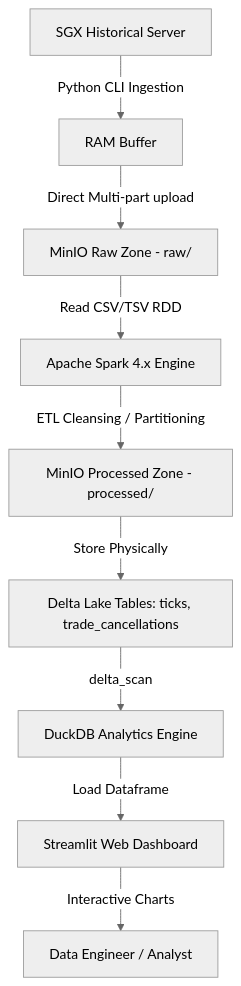
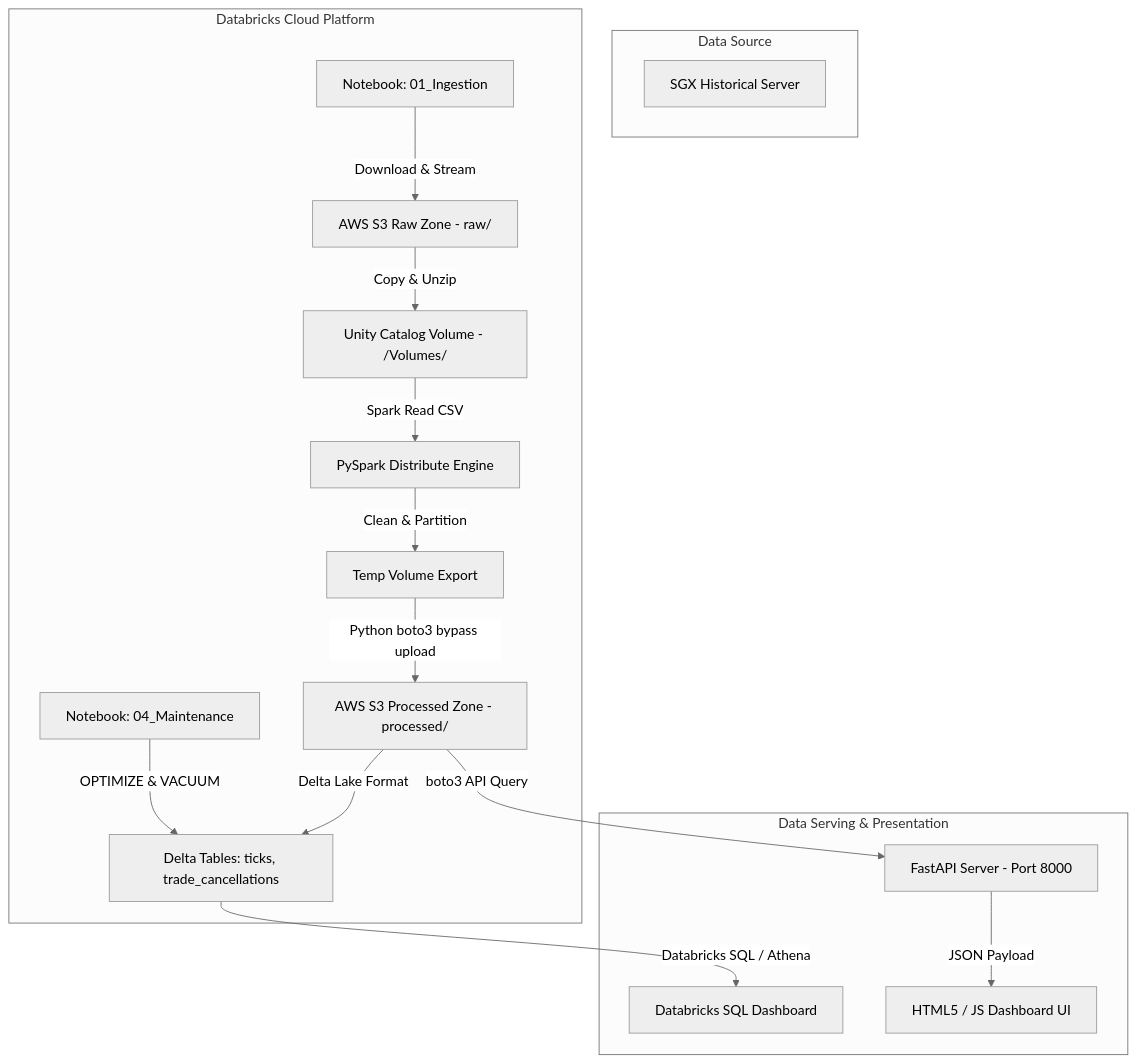
The first of 2 diagrams in README.md (nguyenmanhtuan2004/SGX_Derivatives_Daily_Downloader), drawn with Mermaid (neutral theme) before and after one commit. The commit also changed other lines of this file and 1 other file, not shown here.

````diff
--- a/README.md
+++ b/README.md
@@ -11,13 +24,28 @@
 ```mermaid
 graph TD
-    SGX[SGX Historical Server] -->|Python CLI Ingestion| RAM[RAM Buffer]
-    RAM -->|Direct Multi-part upload| MinIORaw[MinIO Raw Zone - raw/]
-    
-    MinIORaw -->|Read CSV/TSV RDD| Spark[Apache Spark 4.x Engine]
-    Spark -->|ETL Cleansing / Partitioning| MinIOProc[MinIO Processed Zone - processed/]
-    MinIOProc -->|Store Physically| Delta[Delta Lake Tables: ticks, trade_cancellations]
-    
-    Delta -->|delta_scan| DuckDB[DuckDB Analytics Engine]
-    DuckDB -->|Load Dataframe| Streamlit[Streamlit Web Dashboard]
-    Streamlit -->|Interactive Charts| User[Data Engineer / Analyst]
+    subgraph "Data Source"
+        SGX[SGX Historical Server]
+    end
+
+    subgraph "Databricks Cloud Platform"
+        01_Ing[Notebook: 01_Ingestion] -->|Download & Stream| S3Raw[AWS S3 Raw Zone - raw/]
+        
+        S3Raw -->|Copy & Unzip| UC_Vol[Unity Catalog Volume - /Volumes/]
+        
+        UC_Vol -->|Spark Read CSV| Spark[PySpark Distribute Engine]
+        
+        Spark -->|Clean & Partition| UC_Vol_Temp[Temp Volume Export]
+        
+        UC_Vol_Temp -->|Python boto3 bypass upload| S3Proc[AWS S3 Processed Zone - processed/]
+        
+        S3Proc -->|Delta Lake Format| Delta[Delta Tables: ticks, trade_cancellations]
+        
+        Maint[Notebook: 04_Maintenance] -->|OPTIMIZE & VACUUM| Delta
+    end
+
+    subgraph "Data Serving & Presentation"
+        Delta -->|Databricks SQL / Athena| DB_Dash[Databricks SQL Dashboard]
+        S3Proc -->|boto3 API Query| FastAPI[FastAPI Server - Port 8000]
+        FastAPI -->|JSON Payload| Frontend[HTML5 / JS Dashboard UI]
+    end
 ```
````
